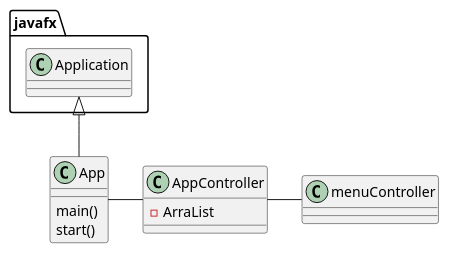
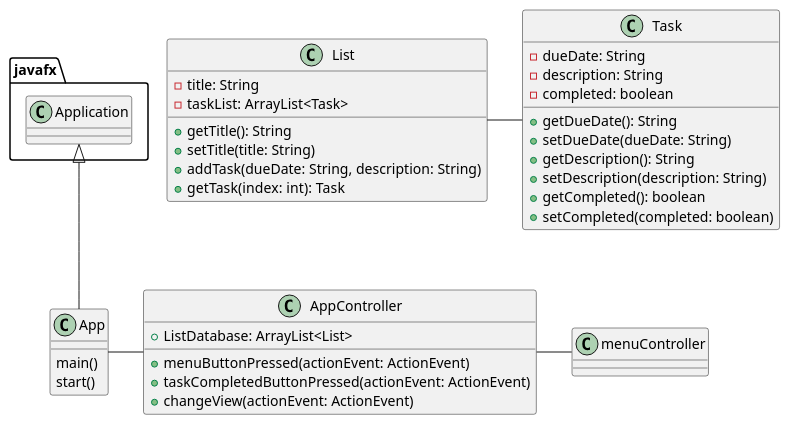
Before and after one commit to ashley-m0/OOP-Assignment4: the diagram in uml/AppDiagram.puml, drawn with PlantUML. The commit also changed 5 other files, not shown here.

```diff
--- a/uml/AppDiagram.puml
+++ b/uml/AppDiagram.puml
@@ -1,21 +1,50 @@
 @startuml
 'https://plantuml.com/sequence-diagram
 
 class App{
     main()
     start()
 }
 
 class AppController{
-    - ArraList
+    + ListDatabase: ArrayList<List>
+
+    + menuButtonPressed(actionEvent: ActionEvent)
+    + taskCompletedButtonPressed(actionEvent: ActionEvent)
+    + changeView(actionEvent: ActionEvent)
+
+}
+
+class List{
+    - title: String
+    - taskList: ArrayList<Task>
+
+    + getTitle(): String
+    + setTitle(title: String)
+    + addTask(dueDate: String, description: String)
+    + getTask(index: int): Task
 }
 
 class menuController{
 
 }
 
+class Task{
+    - dueDate: String
+    - description: String
+    - completed: boolean
+
+    + getDueDate(): String
+    + setDueDate(dueDate: String)
+    + getDescription(): String
+    + setDescription(description: String)
+    + getCompleted(): boolean
+    + setCompleted(completed: boolean)
+}
+
 javafx.Application <|-- App
 
 App -  AppController
 AppController - menuController
+List - Task
 @enduml
```
